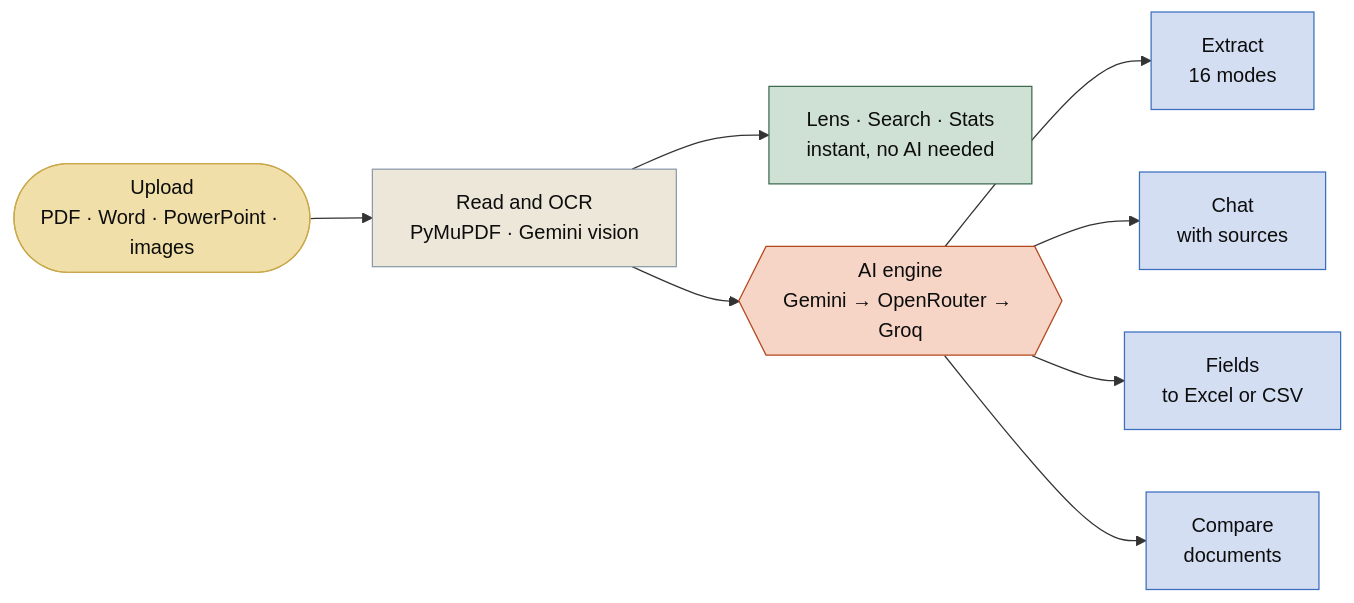
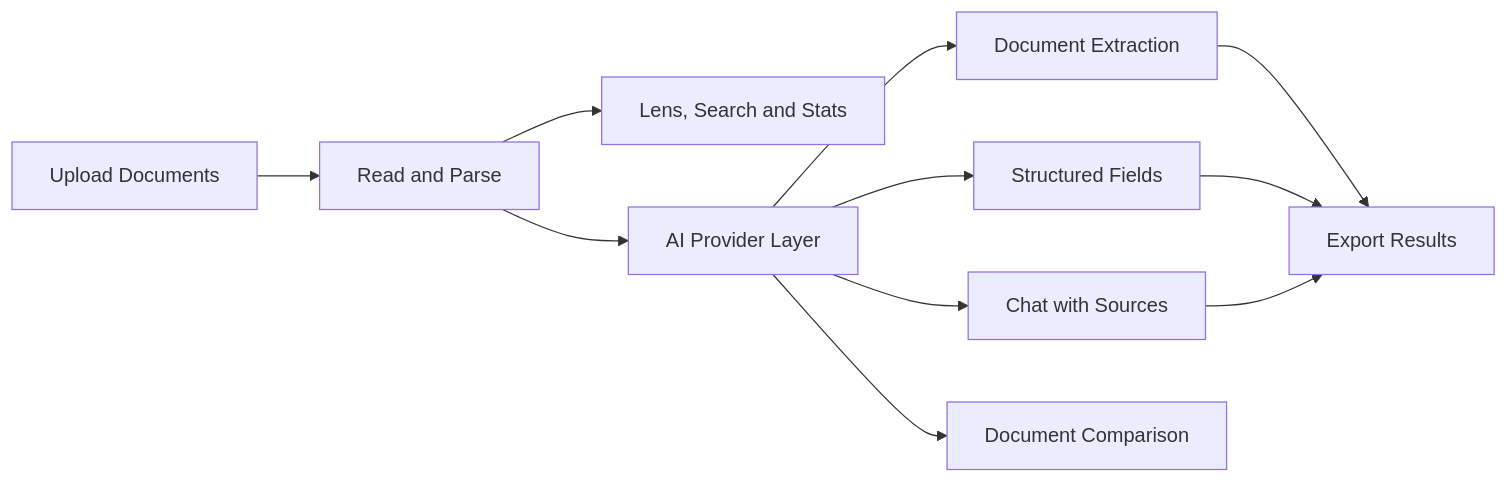
The diagram in README.md (Shariqueperwez/DocLens-AI), drawn with Mermaid before and after one commit. The commit also changed other lines of this file, not shown here.

````diff
--- a/README.md
+++ b/README.md
@@ -52,15 +59,13 @@
 ```mermaid
 flowchart LR
-    A(["Upload<br/>PDF · Word · PowerPoint · images"]):::input --> B["Read and OCR<br/>PyMuPDF · Gemini vision"]:::step
-    B --> C["Lens · Search · Stats<br/>instant, no AI needed"]:::free
-    B --> D{{"AI engine<br/>Gemini → OpenRouter → Groq"}}:::ai
-    D --> E["Extract<br/>16 modes"]:::out
-    D --> F["Chat<br/>with sources"]:::out
-    D --> G["Fields<br/>to Excel or CSV"]:::out
-    D --> H["Compare<br/>documents"]:::out
-    classDef input fill:#f0dfa8,stroke:#c9a84c,color:#0d0d0d
-    classDef step fill:#ede7d9,stroke:#8a9ba8,color:#0d0d0d
-    classDef free fill:#cfe0d4,stroke:#3d6b4f,color:#0d0d0d
-    classDef ai fill:#f6d5c6,stroke:#b5451b,color:#0d0d0d
-    classDef out fill:#d3def2,stroke:#3c6ebe,color:#0d0d0d
+    A["Upload Documents"] --> B["Read and Parse"]
+    B --> C["Lens, Search and Stats"]
+    B --> D["AI Provider Layer"]
+    D --> E["Document Extraction"]
+    D --> F["Chat with Sources"]
+    D --> G["Structured Fields"]
+    D --> H["Document Comparison"]
+    E --> I["Export Results"]
+    G --> I
+    F --> I
 ```
````
